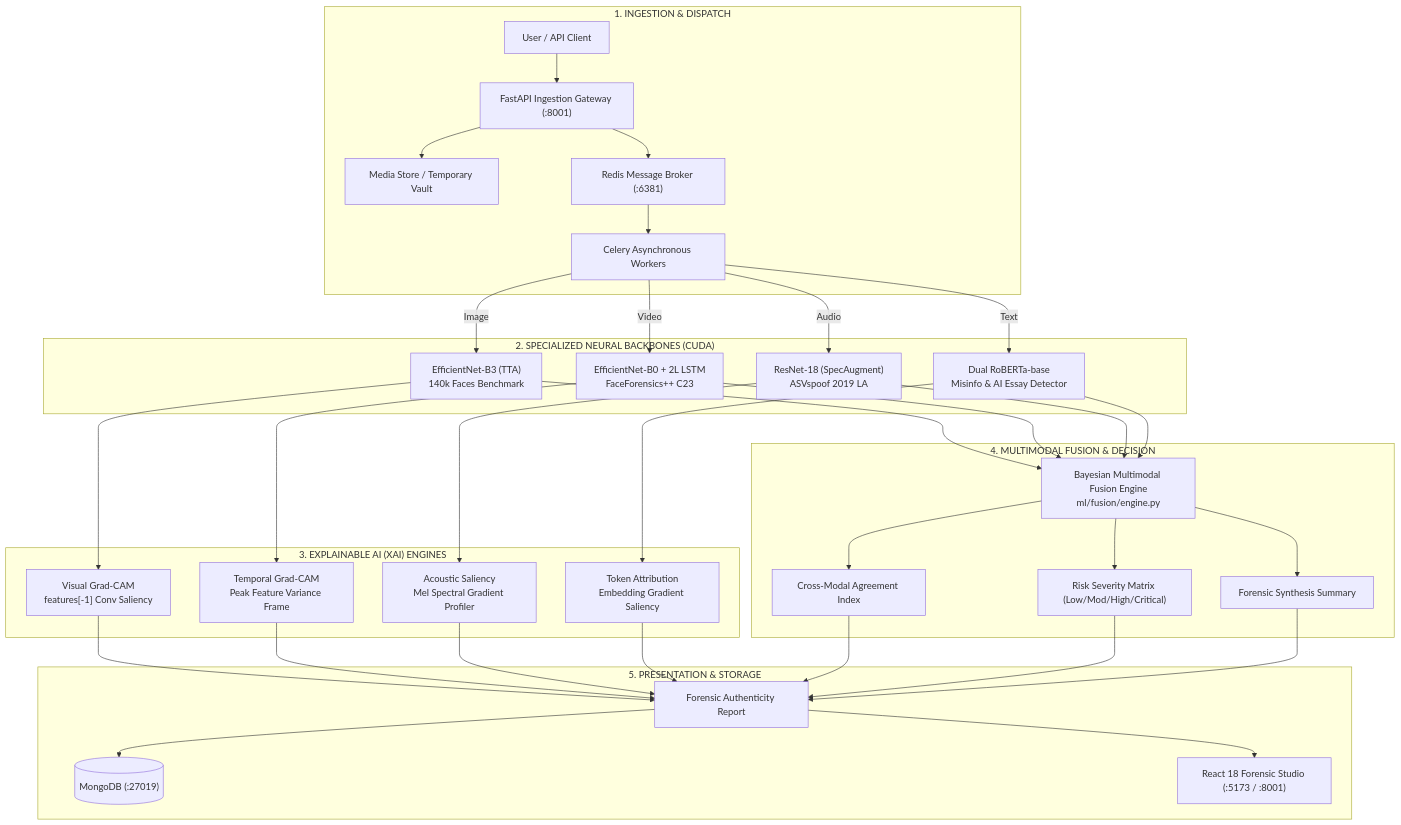
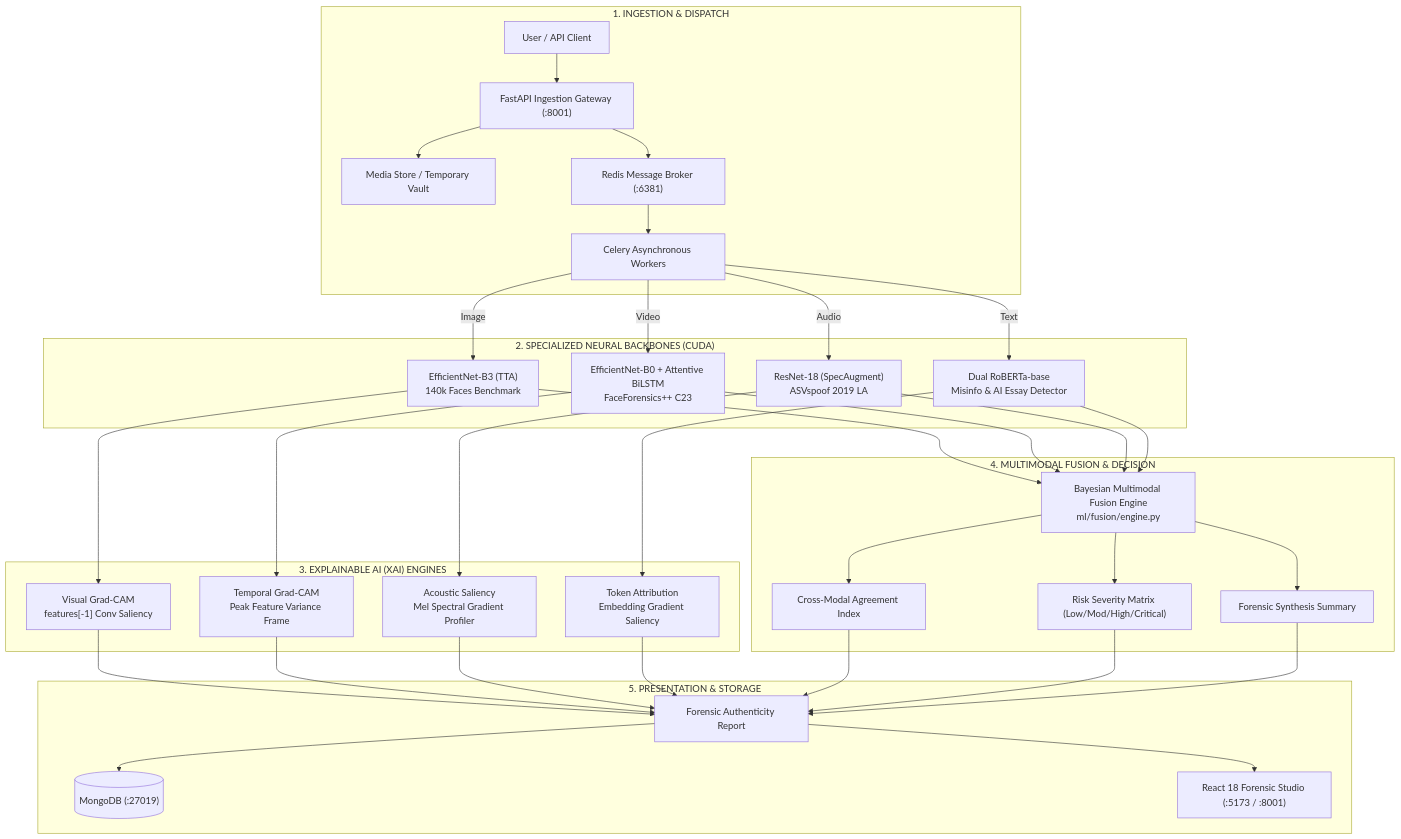
One commit to divyanshrajat/CheckRealityAI changed the diagram in README.md. Above: the diagram before and after it, drawn with Mermaid. The commit also changed other lines of this file and 38 other files, not shown here.

````diff
--- a/README.md
+++ b/README.md
@@ -71,36 +71,36 @@
 ```mermaid
 flowchart TD
   subgraph INGEST["1. INGESTION & DISPATCH"]
     U["User / API Client"] --> G["FastAPI Ingestion Gateway (:8001)"]
     G --> V["Media Store / Temporary Vault"]
     G --> Q["Redis Message Broker (:6381)"]
     Q --> W["Celery Asynchronous Workers"]
   end
 
   subgraph INFERENCE["2. SPECIALIZED NEURAL BACKBONES (CUDA)"]
     W -->|Image| M_IMG["EfficientNet-B3 (TTA)<br/>140k Faces Benchmark"]
-    W -->|Video| M_VID["EfficientNet-B0 + 2L LSTM<br/>FaceForensics++ C23"]
+    W -->|Video| M_VID["EfficientNet-B0 + Attentive BiLSTM<br/>FaceForensics++ C23"]
     W -->|Audio| M_AUD["ResNet-18 (SpecAugment)<br/>ASVspoof 2019 LA"]
     W -->|Text| M_TXT["Dual RoBERTa-base<br/>Misinfo & AI Essay Detector"]
   end
 
   subgraph XAI_LAYER["3. EXPLAINABLE AI (XAI) ENGINES"]
     M_IMG --> X_IMG["Visual Grad-CAM<br/>features[-1] Conv Saliency"]
     M_VID --> X_VID["Temporal Grad-CAM<br/>Peak Feature Variance Frame"]
     M_AUD --> X_AUD["Acoustic Saliency<br/>Mel Spectral Gradient Profiler"]
     M_TXT --> X_TXT["Token Attribution<br/>Embedding Gradient Saliency"]
   end
 
   subgraph FUSION["4. MULTIMODAL FUSION & DECISION"]
     M_IMG & M_VID & M_AUD & M_TXT --> F_ENG["Bayesian Multimodal Fusion Engine<br/>ml/fusion/engine.py"]
     F_ENG --> AGR["Cross-Modal Agreement Index"]
     F_ENG --> RSK["Risk Severity Matrix (Low/Mod/High/Critical)"]
     F_ENG --> SYN["Forensic Synthesis Summary"]
   end
 
   subgraph REPORT["5. PRESENTATION & STORAGE"]
     X_IMG & X_VID & X_AUD & X_TXT & AGR & RSK & SYN --> REP["Forensic Authenticity Report"]
     REP --> DB[("MongoDB (:27019)")]
     REP --> UI["React 18 Forensic Studio (:5173 / :8001)"]
   end
 ```
````
